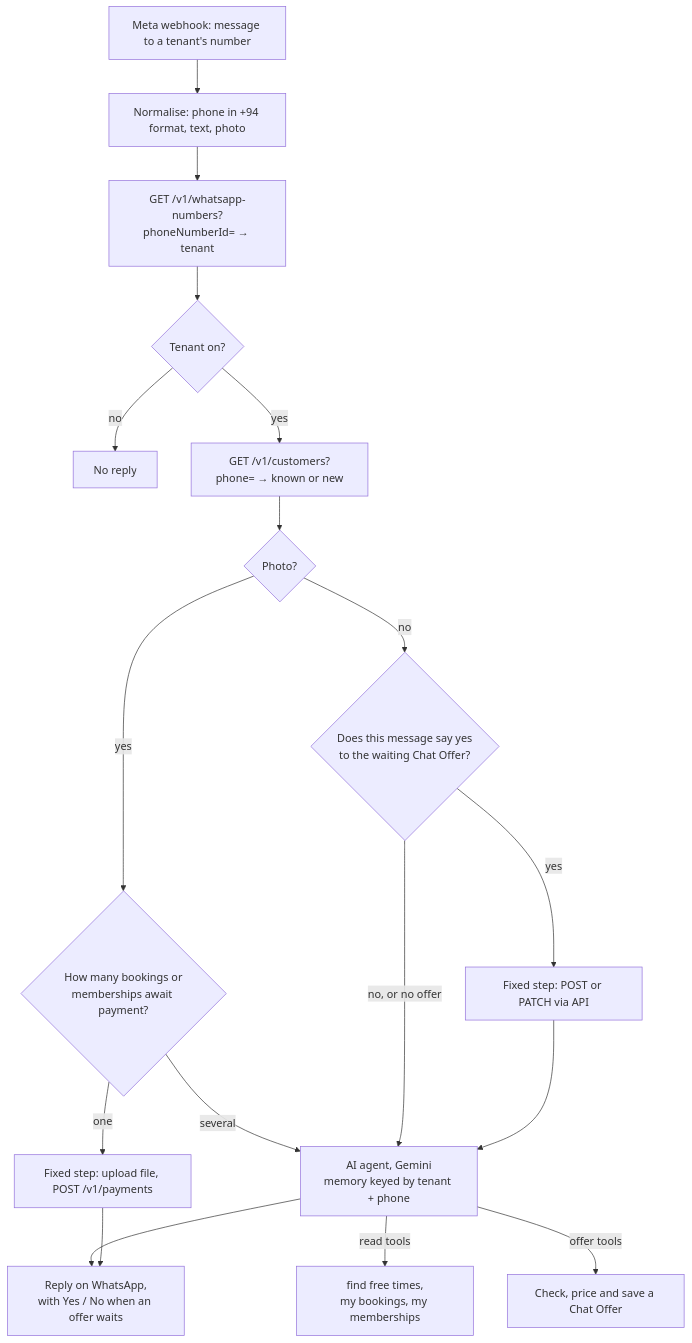
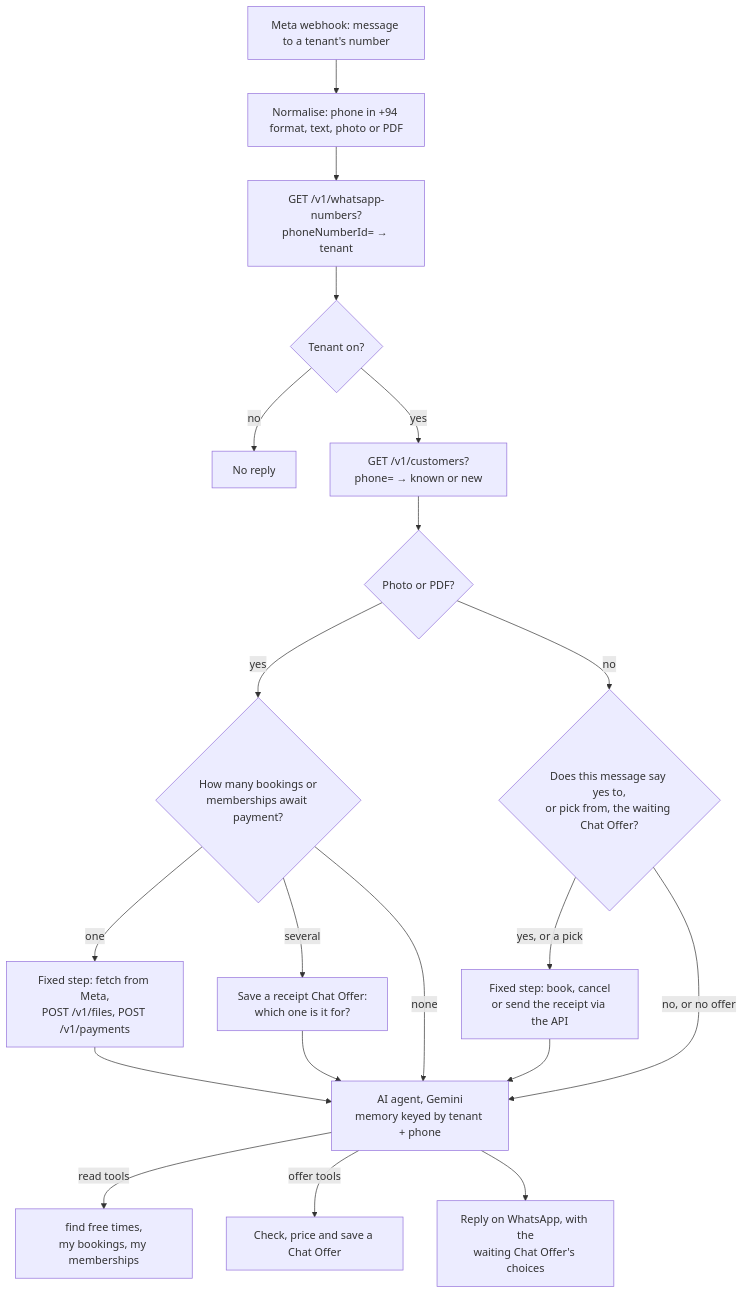
Before and after one commit to Nasrullaunais/Merivo-Turftap: the diagram in docs/architecture/assistant.md, drawn with Mermaid. The commit also changed other lines of this file and 17 other files, not shown here.

First line of the commit message:
Let customers send their transfer receipt in the Assistant chat (T38)

````diff
--- a/docs/architecture/assistant.md
+++ b/docs/architecture/assistant.md
@@ -7,20 +7,22 @@
 ```mermaid
 flowchart TD
-  wa[Meta webhook: message to a tenant's number] --> norm[Normalise: phone in +94 format, text, photo]
+  wa[Meta webhook: message to a tenant's number] --> norm[Normalise: phone in +94 format, text, photo or PDF]
   norm --> tenant[GET /v1/whatsapp-numbers?phoneNumberId= → tenant]
   tenant --> off{Tenant on?}
   off -- no --> stop[No reply]
   off -- yes --> cust[GET /v1/customers?phone= → known or new]
-  cust --> photo{Photo?}
+  cust --> photo{Photo or PDF?}
   photo -- yes --> waiting{How many bookings or<br/>memberships await payment?}
-  waiting -- one --> receipt[Fixed step: upload file, POST /v1/payments]
-  waiting -- several --> agent
-  photo -- no --> offer{Does this message say yes<br/>to the waiting Chat Offer?}
-  offer -- yes --> write[Fixed step: POST or PATCH via API]
+  waiting -- one --> receipt[Fixed step: fetch from Meta,<br/>POST /v1/files, POST /v1/payments]
+  waiting -- several --> pick[Save a receipt Chat Offer:<br/>which one is it for?]
+  waiting -- none --> agent
+  photo -- no --> offer{Does this message say yes to,<br/>or pick from, the waiting Chat Offer?}
+  offer -- "yes, or a pick" --> write[Fixed step: book, cancel<br/>or send the receipt via the API]
   offer -- no, or no offer --> agent
   write --> agent[AI agent, Gemini<br/>memory keyed by tenant + phone]
+  receipt --> agent
+  pick --> agent
   agent -- read tools --> tools[find free times,<br/>my bookings, my memberships]
   agent -- offer tools --> save[Check, price and save a Chat Offer]
-  agent --> reply[Reply on WhatsApp,<br/>with Yes / No when an offer waits]
-  receipt --> reply
+  agent --> reply[Reply on WhatsApp, with the<br/>waiting Chat Offer's choices]
 ```
````
